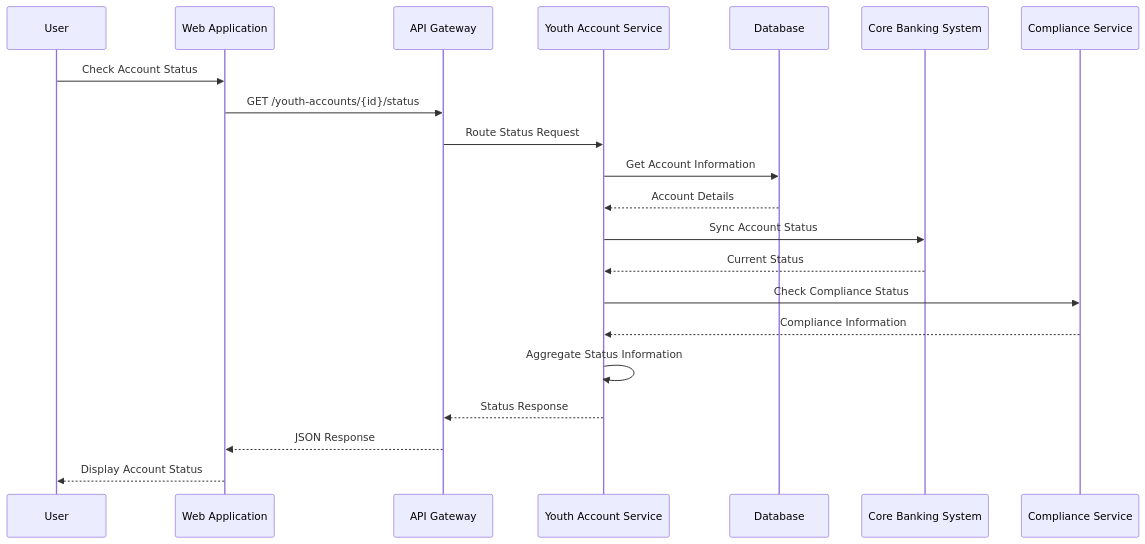
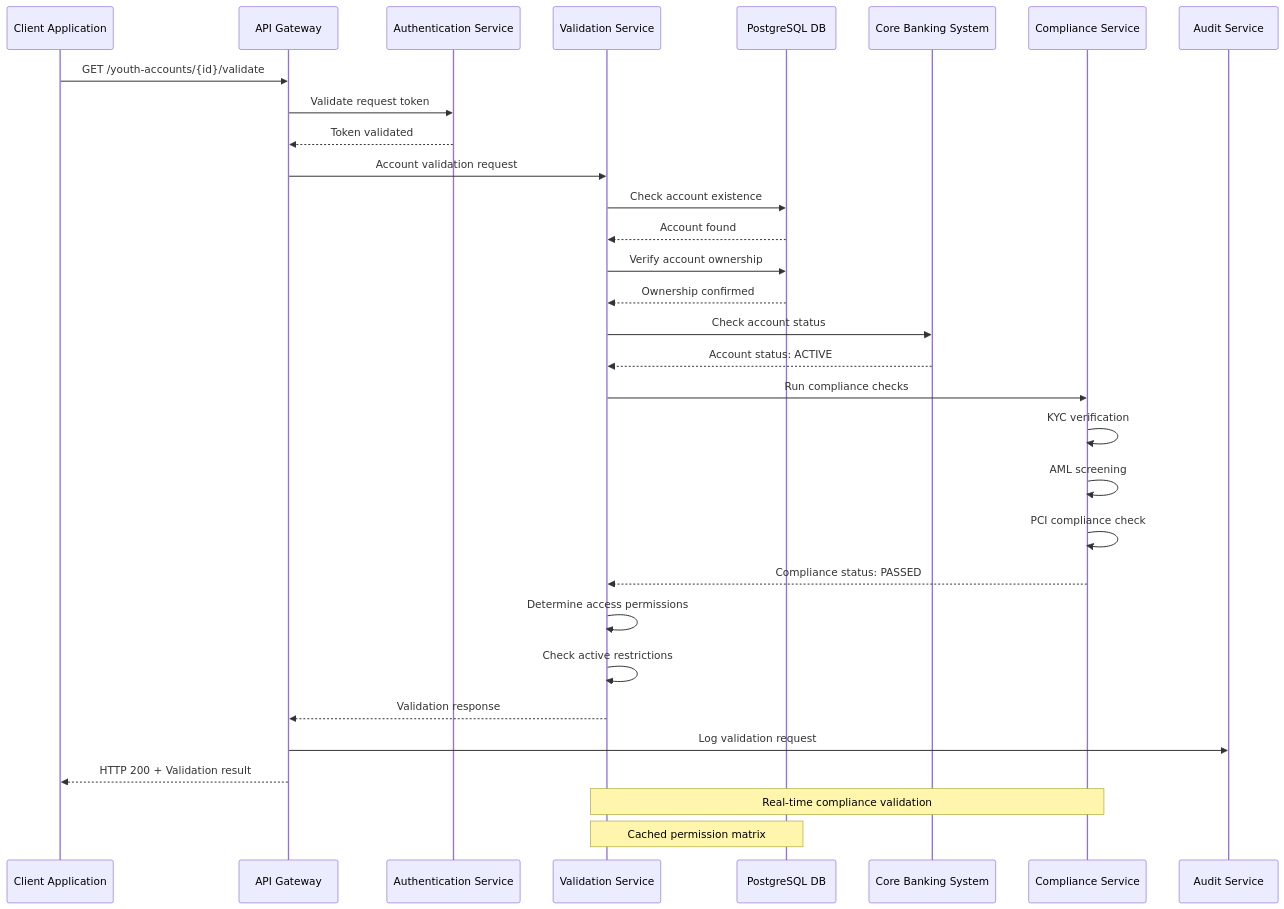
Before and after one commit to ThapaswiASC/SCIB-INCEPTION-PHASE-DEMO: the fifth of 7 diagrams in API Development/Components and Sequence Diagrams/sequence_diagram.md, drawn with Mermaid. The commit also changed other lines of this file and 1 other file, not shown here.

````diff
--- a/API Development/Components and Sequence Diagrams/sequence_diagram.md
+++ b/API Development/Components and Sequence Diagrams/sequence_diagram.md
@@ -209,28 +223,38 @@
 ```mermaid
 sequenceDiagram
-    participant U as User
-    participant WA as Web Application
-    participant AG as API Gateway
-    participant YS as Youth Account Service
-    participant DB as Database
-    participant CBS as Core Banking System
-    participant CS as Compliance Service
+    participant Client as Client Application
+    participant APIGateway as API Gateway
+    participant AuthSvc as Authentication Service
+    participant ValidationSvc as Validation Service
+    participant Database as PostgreSQL DB
+    participant CoreBanking as Core Banking System
+    participant ComplianceSvc as Compliance Service
+    participant AuditSvc as Audit Service
 
-    U->>WA: Check Account Status
-    WA->>AG: GET /youth-accounts/{id}/status
-    AG->>YS: Route Status Request
+    Client->>APIGateway: GET /youth-accounts/{id}/validate
+    APIGateway->>AuthSvc: Validate request token
+    AuthSvc-->>APIGateway: Token validated
+    APIGateway->>ValidationSvc: Account validation request
     
-    YS->>DB: Get Account Information
-    DB-->>YS: Account Details
+    ValidationSvc->>Database: Check account existence
+    Database-->>ValidationSvc: Account found
+    ValidationSvc->>Database: Verify account ownership
+    Database-->>ValidationSvc: Ownership confirmed
+    ValidationSvc->>CoreBanking: Check account status
+    CoreBanking-->>ValidationSvc: Account status: ACTIVE
     
-    YS->>CBS: Sync Account Status
-    CBS-->>YS: Current Status
+    ValidationSvc->>ComplianceSvc: Run compliance checks
+    ComplianceSvc->>ComplianceSvc: KYC verification
+    ComplianceSvc->>ComplianceSvc: AML screening
+    ComplianceSvc->>ComplianceSvc: PCI compliance check
+    ComplianceSvc-->>ValidationSvc: Compliance status: PASSED
     
-    YS->>CS: Check Compliance Status
-    CS-->>YS: Compliance Information
+    ValidationSvc->>ValidationSvc: Determine access permissions
+    ValidationSvc->>ValidationSvc: Check active restrictions
+    ValidationSvc-->>APIGateway: Validation response
+    APIGateway->>AuditSvc: Log validation request
+    APIGateway-->>Client: HTTP 200 + Validation result
     
-    YS->>YS: Aggregate Status Information
-    YS-->>AG: Status Response
-    AG-->>WA: JSON Response
-    WA-->>U: Display Account Status
+    Note over ValidationSvc,ComplianceSvc: Real-time compliance validation
+    Note over ValidationSvc,Database: Cached permission matrix
 ```
````
